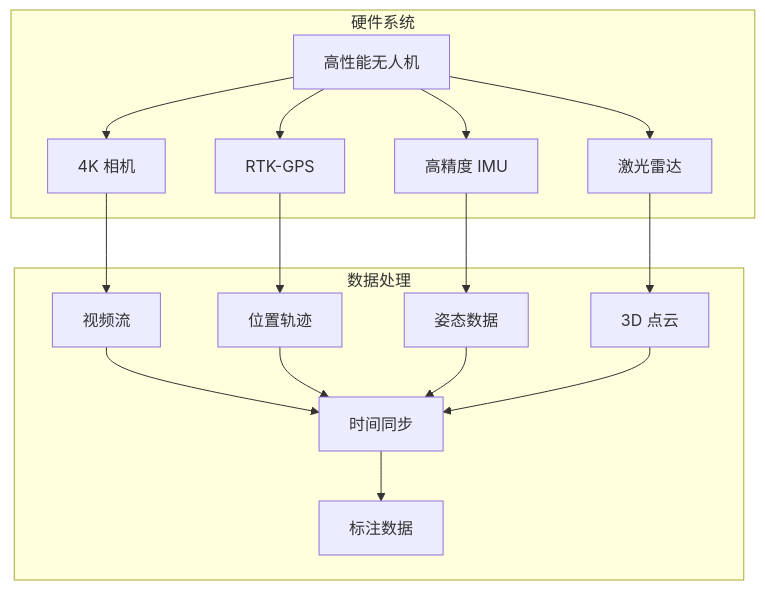
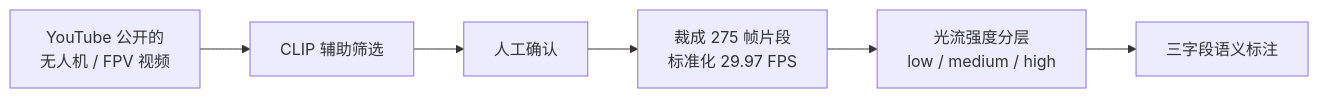
The second of 7 diagrams in docs/02-世界模型专题/06-关键数据集与基准.md (Qxy661/UAV-WM-VLA-Learning), drawn with Mermaid before and after one commit. The commit also changed other lines of this file and 53 other files, not shown here.

````diff
--- a/docs/02-世界模型专题/06-关键数据集与基准.md
+++ b/docs/02-世界模型专题/06-关键数据集与基准.md
@@ -45,21 +53,8 @@
 ```mermaid
-graph TB
-    subgraph 硬件系统
-        A[高性能无人机] --> B[4K 相机]
-        A --> C[RTK-GPS]
-        A --> D[高精度 IMU]
-        A --> E[激光雷达]
-    end
-
-    subgraph 数据处理
-        B --> F[视频流]
-        C --> G[位置轨迹]
-        D --> H[姿态数据]
-        E --> I[3D 点云]
-        F --> J[时间同步]
-        G --> J
-        H --> J
-        I --> J
-        J --> K[标注数据]
-    end
+graph LR
+    A[YouTube 公开的<br/>无人机 / FPV 视频] --> B[CLIP 辅助筛选]
+    B --> C[人工确认]
+    C --> D[裁成 275 帧片段<br/>标准化 29.97 FPS]
+    D --> E[光流强度分层<br/>low / medium / high]
+    E --> F[三字段语义标注]
 ```
````
